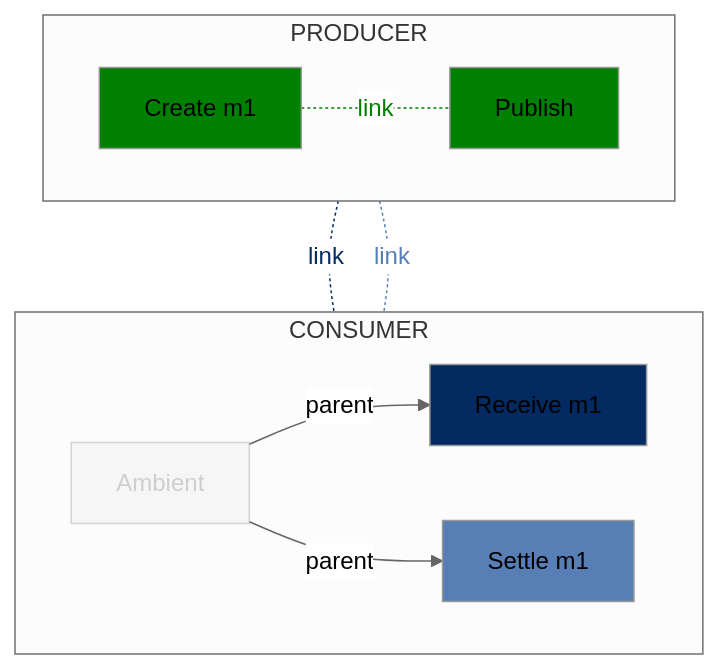
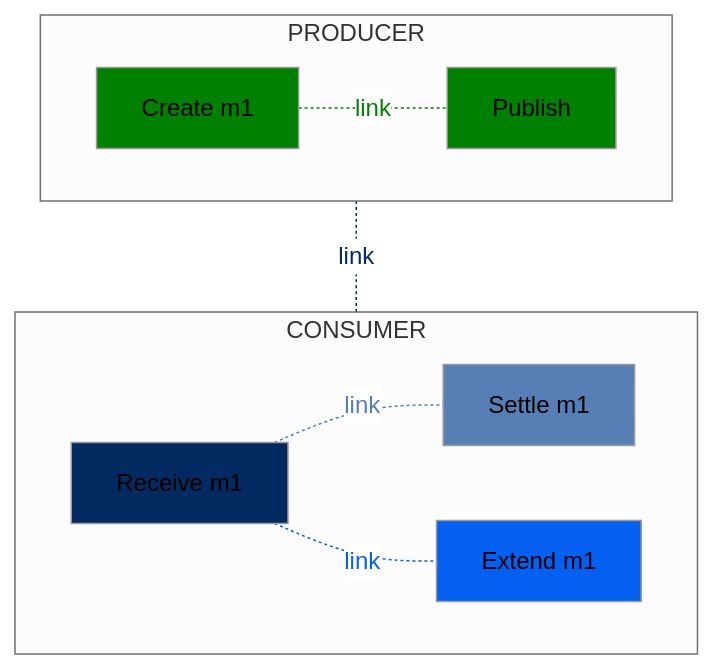
Before and after one commit to alevenberg/semantic-conventions: the second of 29 diagrams in docs/messaging/gcp-pubsub.md, drawn with Mermaid (neutral theme).

Commit message:
--wip-- [skip ci]

````diff
--- a/docs/messaging/gcp-pubsub.md
+++ b/docs/messaging/gcp-pubsub.md
@@ -77,42 +77,41 @@
 ```mermaid
 flowchart TD;
   subgraph CONSUMER
   direction LR
-  A[Ambient]
   R1[Receive m1]
   SM1[Settle m1]
-  %% Link 0
-  A-- parent -->R1
-  %% Link 1
-  A-- parent -->SM1
+  EM1[Extend m1]
   end
   subgraph PRODUCER
   direction LR
   CM1[Create m1]
   PM1[Publish]
   end
   %% Link 2
   CM1-. link .-PM1;
   %% Link 3
   CM1-. link .-R1;
   %% Link 4
-  CM1-. link .-SM1;
+  R1-. link .-SM1;
+  R1-. link .-EM1;
 
   %% Style the node and corresponding link
   %% Producer links and nodes
   classDef producer fill:green
   class PM1,CM1 producer
-  linkStyle 2 color:green,stroke:green
+  linkStyle 0 color:green,stroke:green
 
   %% Consumer links and nodes
   classDef consumer fill:#032a61
   class R1 consumer
-  linkStyle 3 color:#032a61,stroke:#032a61
+  linkStyle 1 color:#032a61,stroke:#032a61
 
   classDef ack fill:#577eb5
   class SM1 ack
-  linkStyle 4 color:#577eb5,stroke:#577eb5
+  linkStyle 2 color:#577eb5,stroke:#577eb5
 
-  classDef additional opacity:0.4
-  class A additional
+
+  classDef lease fill:#0560f2
+  class EM1 lease
+  linkStyle 3 color:#0560f2,stroke:#0560f2
 ```
````
